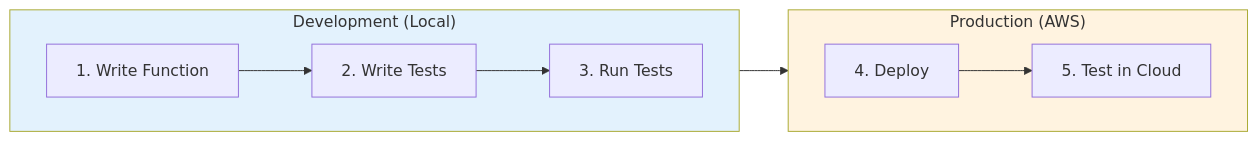
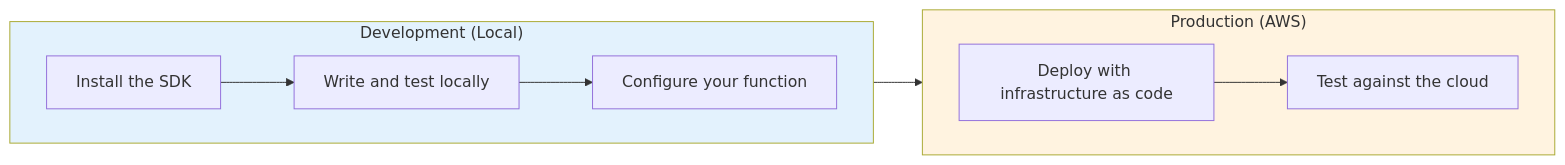
The diagram in docs/getting-started/development-environment.md (aws/aws-durable-execution-docs), drawn with Mermaid before and after one commit.

Commit message:
docs: align dev-env workflow diagram labels with section headings
Relabel the workflow flowchart nodes to match the page's H2 section titles
(Install the SDK / Write and test locally / Configure your function /
Deploy with infrastructure as code / Test against the cloud).

````diff
--- a/docs/getting-started/development-environment.md
+++ b/docs/getting-started/development-environment.md
@@ -16,20 +16,20 @@
 ```mermaid
 flowchart LR
     subgraph dev["Development (Local)"]
         direction LR
-        A["1. Write Function"]
-        B["2. Write Tests"]
-        C["3. Run Tests"]
+        A["Install the SDK"]
+        B["Write and test locally"]
+        C["Configure your function"]
     end
 
     subgraph prod["Production (AWS)"]
         direction LR
-        D["4. Deploy"]
-        E["5. Test in Cloud"]
+        D["Deploy with infrastructure as code"]
+        E["Test against the cloud"]
     end
 
     A --> B --> C --> D --> E
 
     style dev fill:#e3f2fd
     style prod fill:#fff3e0
 ```
````
